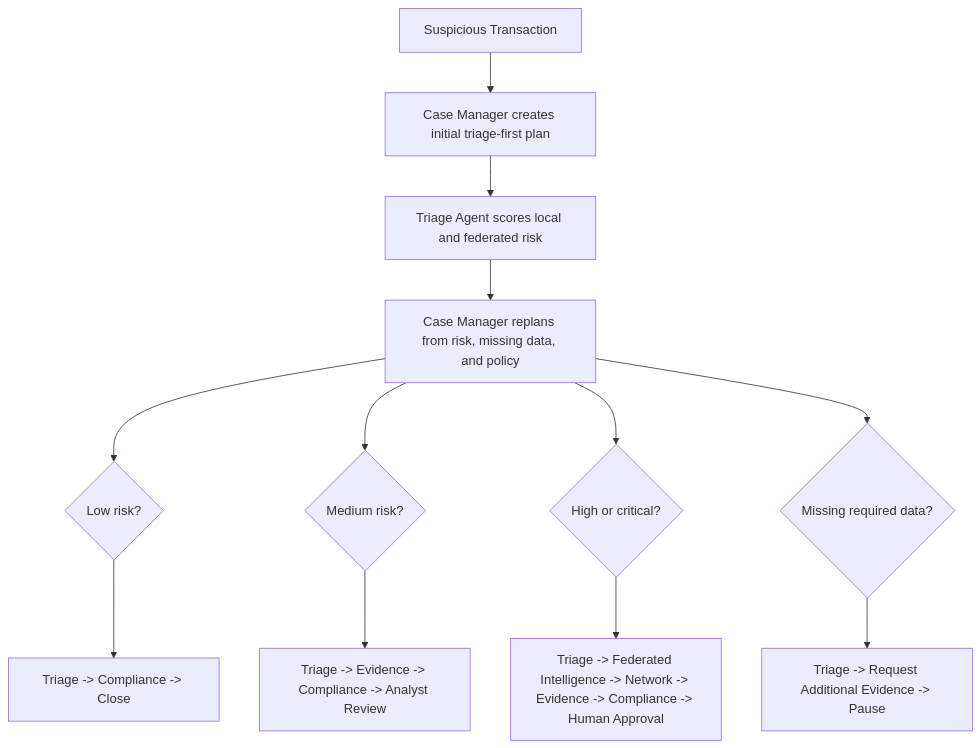
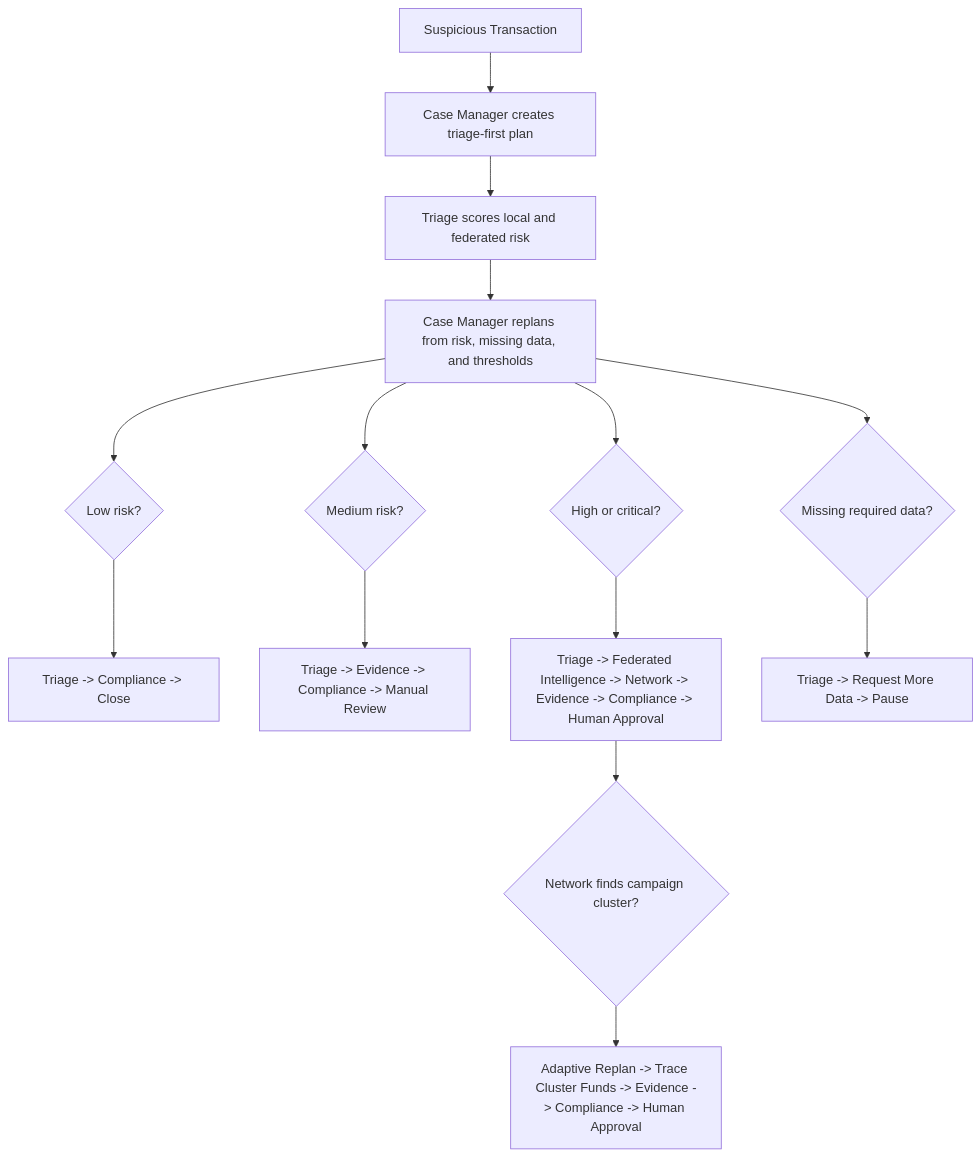
The second of 4 diagrams in README.md (Kanghyeon5468/Tracelayer), drawn with Mermaid before and after one commit. The commit also changed other lines of this file and 13 other files, not shown here.

````diff
--- a/README.md
+++ b/README.md
@@ -175,14 +222,16 @@
 ```mermaid
 flowchart TD
-    Start[Suspicious Transaction] --> InitialPlan[Case Manager creates initial triage-first plan]
-    InitialPlan --> Triage[Triage Agent scores local and federated risk]
-    Triage --> Replan[Case Manager replans from risk, missing data, and policy]
+    Start[Suspicious Transaction] --> InitialPlan[Case Manager creates triage-first plan]
+    InitialPlan --> Triage[Triage scores local and federated risk]
+    Triage --> Replan[Case Manager replans from risk, missing data, and thresholds]
     Replan --> Low{Low risk?}
     Replan --> Medium{Medium risk?}
     Replan --> High{High or critical?}
     Replan --> Missing{Missing required data?}
     Low --> LowPath[Triage -> Compliance -> Close]
-    Medium --> MediumPath[Triage -> Evidence -> Compliance -> Analyst Review]
+    Medium --> MediumPath[Triage -> Evidence -> Compliance -> Manual Review]
     High --> HighPath[Triage -> Federated Intelligence -> Network -> Evidence -> Compliance -> Human Approval]
-    Missing --> PausePath[Triage -> Request Additional Evidence -> Pause]
+    Missing --> PausePath[Triage -> Request More Data -> Pause]
+    HighPath --> CampaignFound{Network finds campaign cluster?}
+    CampaignFound --> CampaignPath[Adaptive Replan -> Trace Cluster Funds -> Evidence -> Compliance -> Human Approval]
 ```
````
